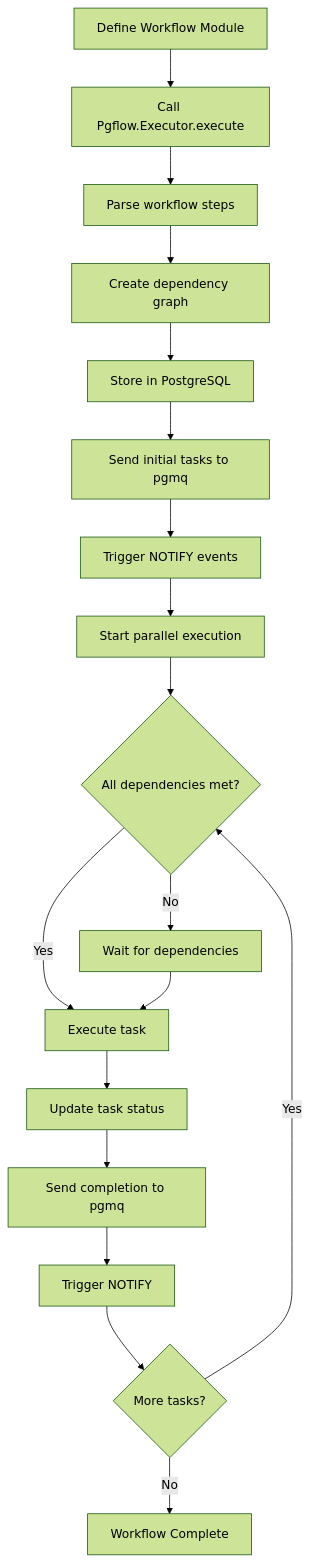
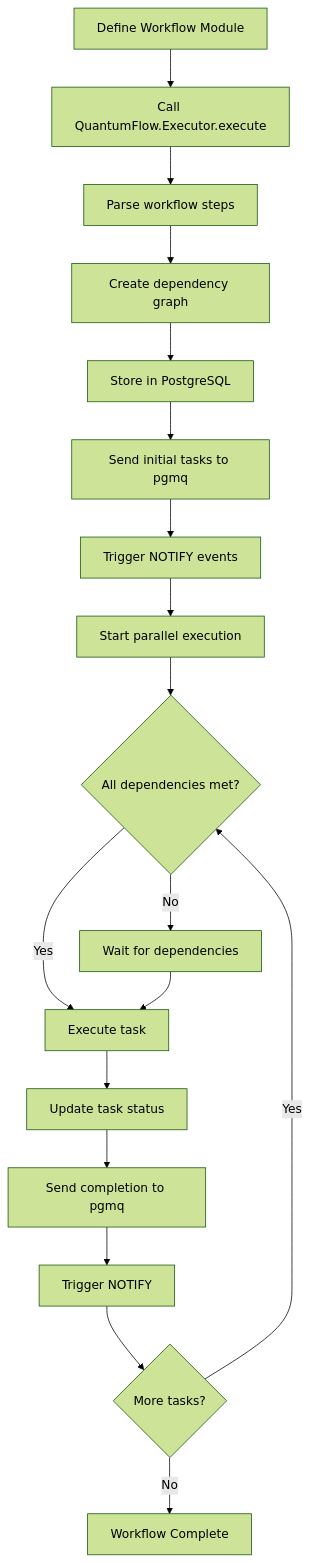
The third of 15 diagrams in docs/architecture_diagrams.md (Singularity-ng/singularity-workflows), drawn with Mermaid (forest theme) before and after one commit. The commit also changed other lines of this file and 410 other files, not shown here.

First line of the commit message:
Rename ex_pgflow package to ex_quantum_flow

````diff
--- a/docs/architecture_diagrams.md
+++ b/docs/architecture_diagrams.md
@@ -71,20 +71,20 @@
 ```mermaid
 flowchart TD
-    A[Define Workflow Module] --> B[Call Pgflow.Executor.execute]
+    A[Define Workflow Module] --> B[Call QuantumFlow.Executor.execute]
     B --> C[Parse workflow steps]
     C --> D[Create dependency graph]
     D --> E[Store in PostgreSQL]
     E --> F[Send initial tasks to pgmq]
     F --> G[Trigger NOTIFY events]
     G --> H[Start parallel execution]
     H --> I{All dependencies met?}
     I -->|No| J[Wait for dependencies]
     I -->|Yes| K[Execute task]
     K --> L[Update task status]
     L --> M[Send completion to pgmq]
     M --> N[Trigger NOTIFY]
     N --> O{More tasks?}
     O -->|Yes| I
     O -->|No| P[Workflow Complete]
     J --> K
 ```
````
